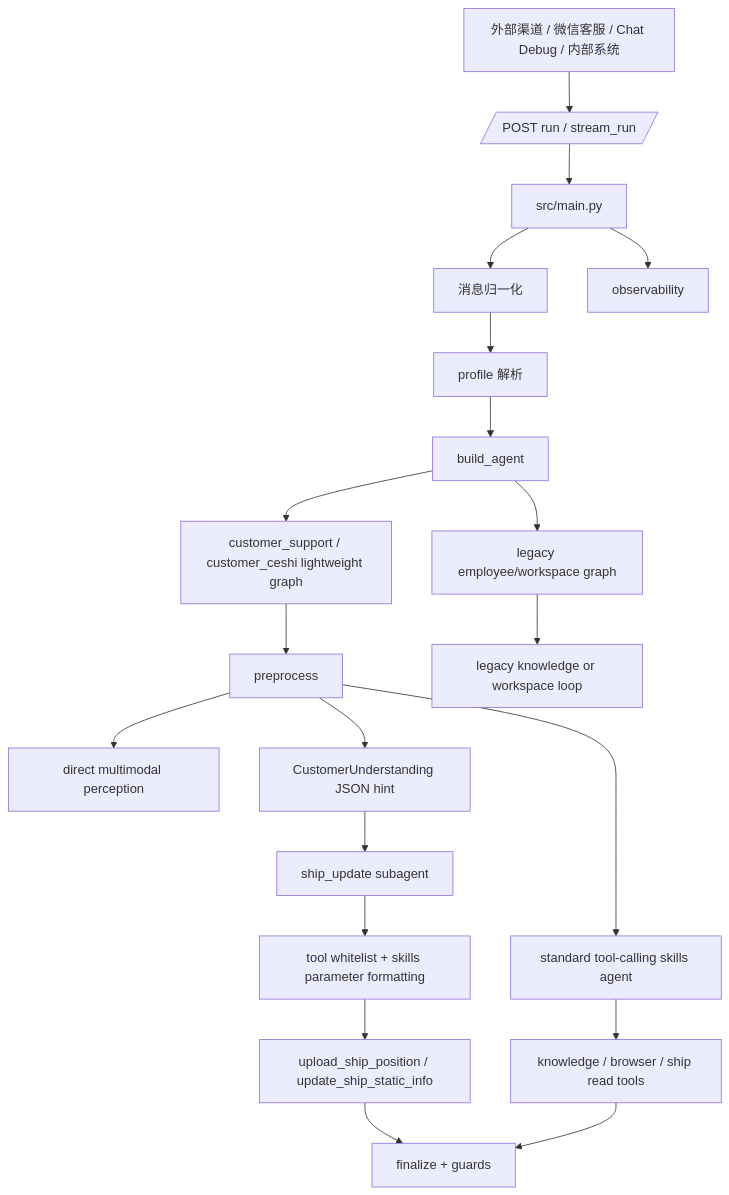
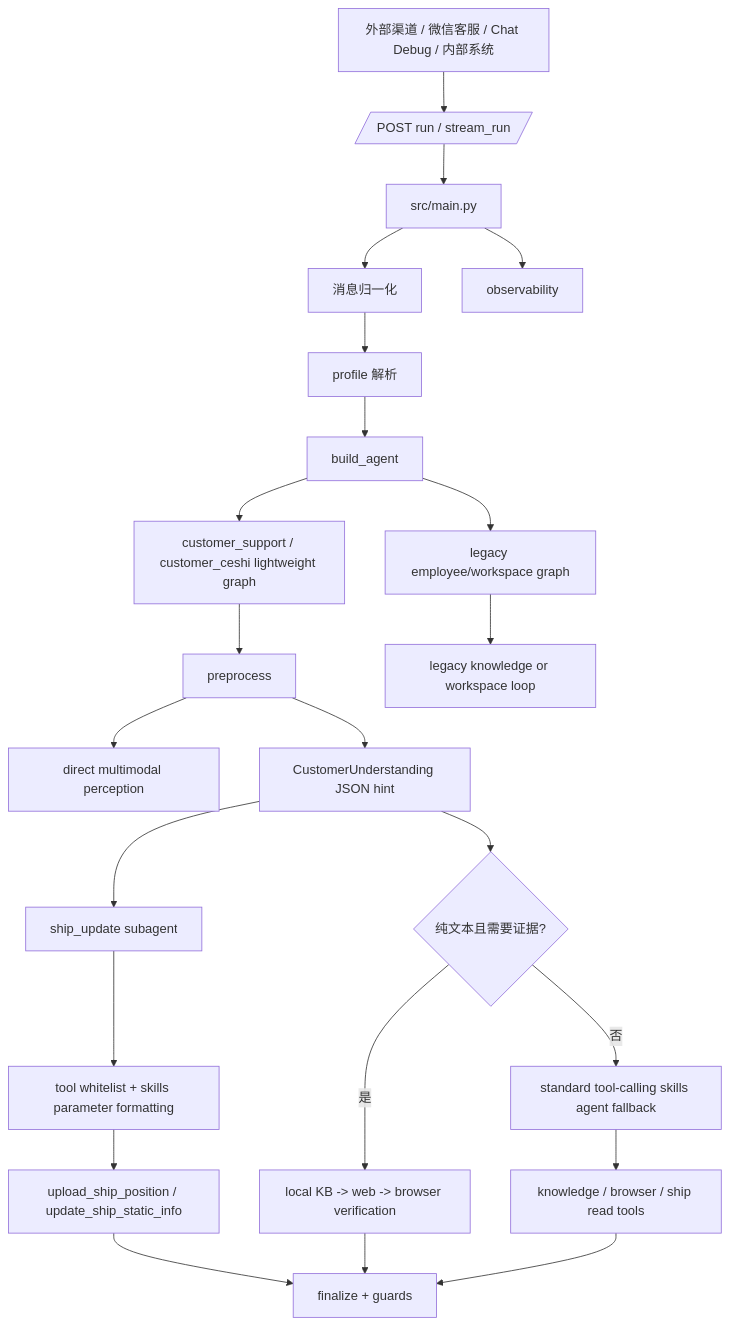
Before and after one commit to lr12338/hifleet-agent: the first of 3 diagrams in docs/AGENT_TECHNICAL_DOCUMENTATION.md, drawn with Mermaid. The commit also changed other lines of this file and 10 other files, not shown here.

````diff
--- a/docs/AGENT_TECHNICAL_DOCUMENTATION.md
+++ b/docs/AGENT_TECHNICAL_DOCUMENTATION.md
@@ -12,22 +12,25 @@
 ```mermaid
 flowchart TD
     Caller[外部渠道 / 微信客服 / Chat Debug / 内部系统] --> API[/POST run / stream_run/]
     API --> Main[src/main.py]
     Main --> Normalize[消息归一化]
     Normalize --> Profile[profile 解析]
     Profile --> Build[build_agent]
     Build --> CS[customer_support / customer_ceshi lightweight graph]
     CS --> Pre[preprocess]
     Pre --> Perception[direct multimodal perception]
     Pre --> Understanding[CustomerUnderstanding JSON hint]
     Understanding --> ShipUpdate[ship_update subagent]
     ShipUpdate --> WriteBoundary[tool whitelist + skills parameter formatting]
     WriteBoundary --> WriteTools[upload_ship_position / update_ship_static_info]
-    Pre --> Standard[standard tool-calling skills agent]
+    Understanding --> Knowledge{纯文本且需要证据?}
+    Knowledge -->|是| KnowledgeChain[local KB -> web -> browser verification]
+    Knowledge -->|否| Standard[standard tool-calling skills agent fallback]
     Standard --> ReadTools[knowledge / browser / ship read tools]
     Build --> EMP[legacy employee/workspace graph]
     EMP --> EmployeeLoop[legacy knowledge or workspace loop]
     WriteTools --> Finalize[finalize + guards]
+    KnowledgeChain --> Finalize
     ReadTools --> Finalize
     Main --> Obs[observability]
 ```
````
